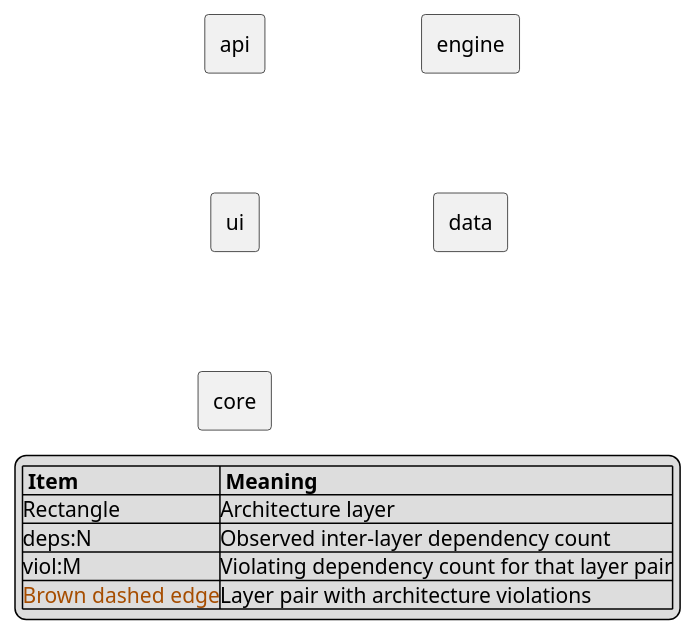
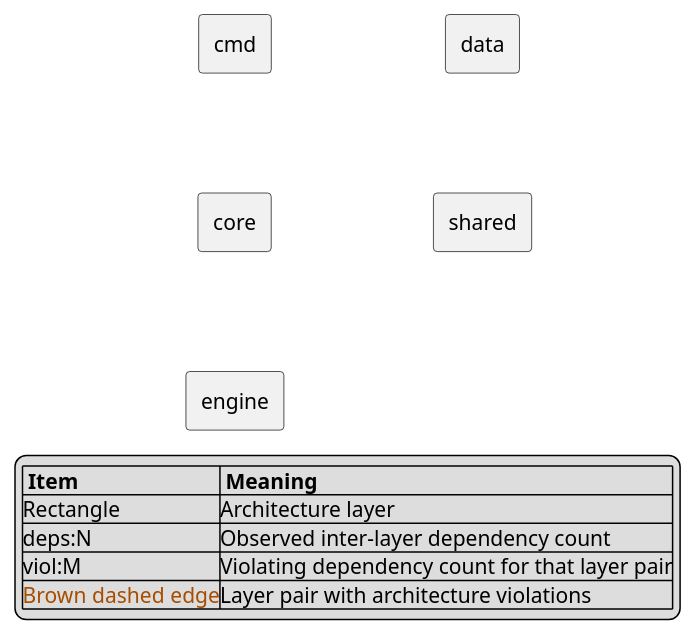
One commit to michaelbomholt665/code-watch changed the diagram in docs/diagrams/graph-architecture.puml. Above: the diagram before and after it, drawn with PlantUML. The commit also changed 53 other files, not shown here.

Commit message:
architecture: add package rules and outputs

```diff
--- a/docs/diagrams/graph-architecture.puml
+++ b/docs/diagrams/graph-architecture.puml
@@ -1,24 +1,24 @@
 @startuml
 skinparam componentStyle rectangle
 skinparam packageStyle rectangle
 skinparam linetype ortho
 skinparam nodesep 80
 skinparam ranksep 100
 left to right direction
 
-rectangle "api" as api
-rectangle "ui" as ui
+rectangle "cmd" as cmd
 rectangle "core" as core
 rectangle "engine" as engine
 rectangle "data" as data
+rectangle "shared" as shared
 
 
 legend right
 |= Item |= Meaning |
 |Rectangle|Architecture layer|
 |deps:N|Observed inter-layer dependency count|
 |viol:M|Violating dependency count for that layer pair|
 |<color:#a64d00>Brown dashed edge</color>|Layer pair with architecture violations|
 endlegend
 
 @enduml
```
